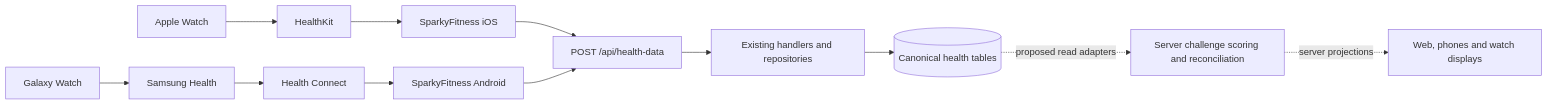
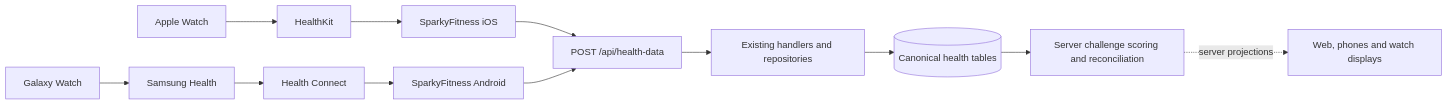
One commit to ImJstNickDev/SparkyRivals changed the diagram in docs/fork/ARCHITECTURE.md. Above: the diagram before and after it, drawn with Mermaid. The commit also changed other lines of this file and 6 other files, not shown here.

Commit message:
docs(challenges): document backend architecture and validation

````diff
--- a/docs/fork/ARCHITECTURE.md
+++ b/docs/fork/ARCHITECTURE.md
@@ -115,14 +116,14 @@
 ```mermaid
 flowchart LR
   AW[Apple Watch] --> HK[HealthKit]
   HK --> IP[SparkyFitness iOS]
   GW[Galaxy Watch] --> SH[Samsung Health]
   SH --> HC[Health Connect]
   HC --> AP[SparkyFitness Android]
   IP --> API[POST /api/health-data]
   AP --> API
   API --> H[Existing handlers and repositories]
   H --> DB[(Canonical health tables)]
-  DB -. proposed read adapters .-> C[Server challenge scoring and reconciliation]
+  DB --> C[Server challenge scoring and reconciliation]
   C -. server projections .-> CL[Web, phones and watch displays]
 ```
````
